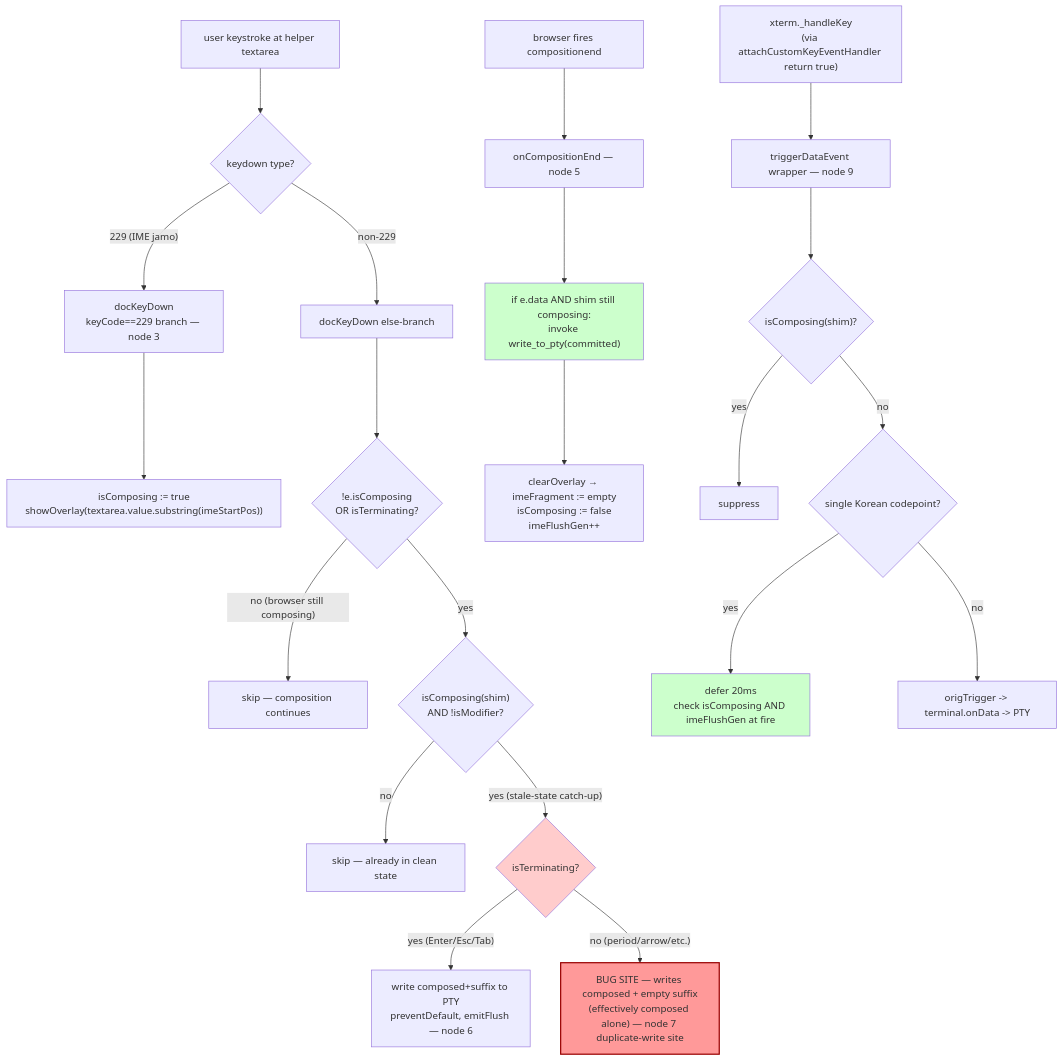
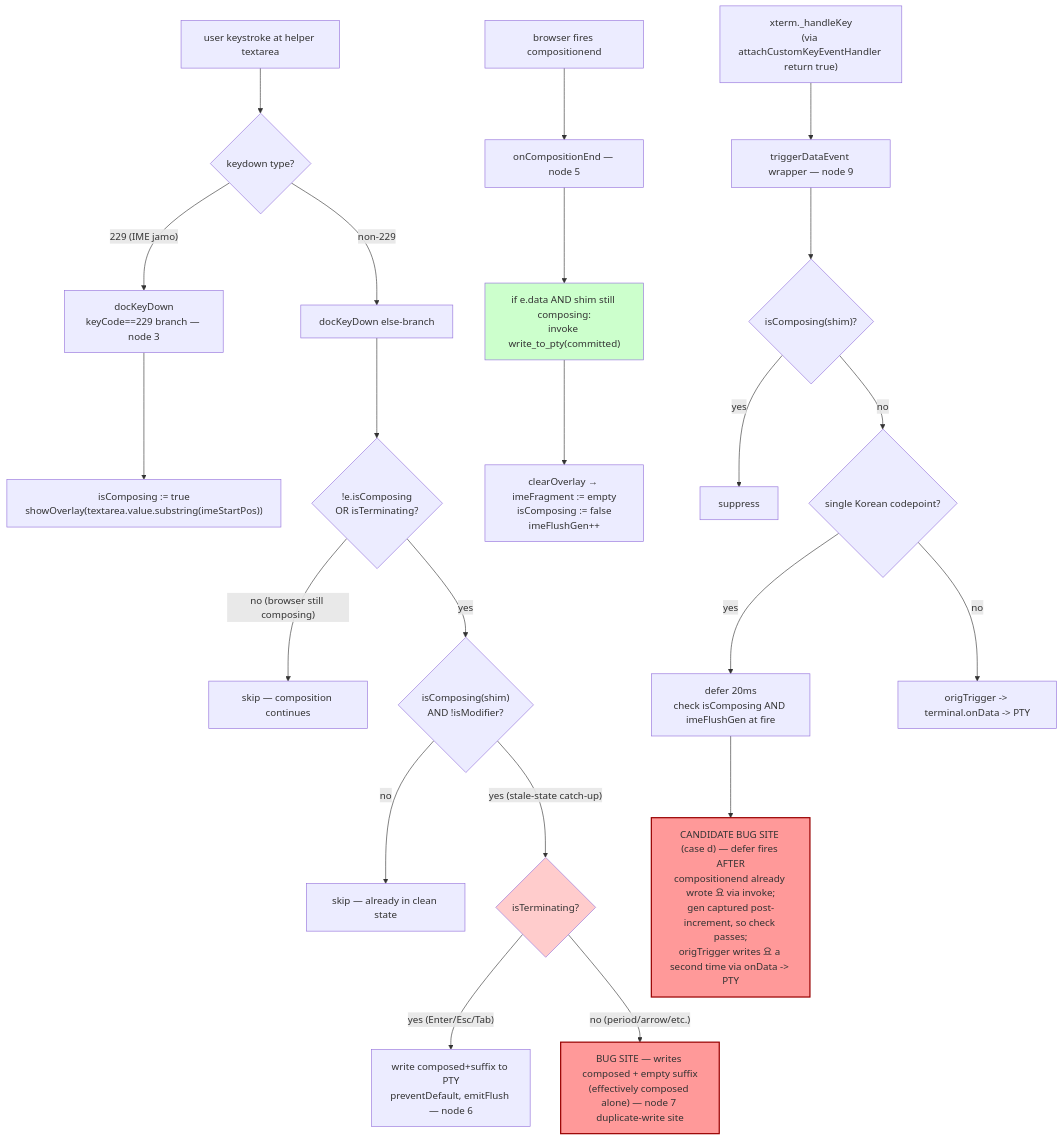
Before and after one commit to yes506/canvas-terminal: the diagram in plan.mmd, drawn with Mermaid. The commit also changed 1 other file, not shown here.

```diff
--- a/plan.mmd
+++ b/plan.mmd
@@ -1,30 +1,31 @@
 flowchart TD
     A["user keystroke at helper textarea"] --> B{"keydown type?"}
 
     B -- "229 (IME jamo)" --> C["docKeyDown<br/>keyCode==229 branch — node 3"]
     C --> C1["isComposing := true<br/>showOverlay(textarea.value.substring(imeStartPos))"]
 
     B -- "non-229" --> D["docKeyDown else-branch"]
     D --> D1{"!e.isComposing<br/>OR isTerminating?"}
     D1 -- "no (browser still composing)" --> Dskip["skip — composition continues"]
     D1 -- "yes" --> E{"isComposing(shim)<br/>AND !isModifier?"}
     E -- "no" --> Eskip["skip — already in clean state"]
     E -- "yes (stale-state catch-up)" --> F{"isTerminating?"}
     F -- "yes (Enter/Esc/Tab)" --> Fwrite["write composed+suffix to PTY<br/>preventDefault, emitFlush — node 6"]
     F -- "no (period/arrow/etc.)" --> Bug["BUG SITE — writes composed + empty suffix<br/>(effectively composed alone) — node 7 duplicate-write site"]
 
     G["browser fires compositionend"] --> H["onCompositionEnd — node 5"]
     H --> H1["if e.data AND shim still composing:<br/>invoke write_to_pty(committed)"]
     H1 --> H2["clearOverlay → imeFragment := empty<br/>isComposing := false<br/>imeFlushGen++"]
 
     I["xterm._handleKey<br/>(via attachCustomKeyEventHandler return true)"] --> J["triggerDataEvent wrapper — node 9"]
     J --> J1{"isComposing(shim)?"}
     J1 -- "yes" --> Jsup["suppress"]
     J1 -- "no" --> J2{"single Korean codepoint?"}
     J2 -- "yes" --> Jdef["defer 20ms<br/>check isComposing AND imeFlushGen at fire"]
     J2 -- "no" --> Jpass["origTrigger -> terminal.onData -> PTY"]
+    Jdef --> Bug2["CANDIDATE BUG SITE (case d) — defer fires AFTER<br/>compositionend already wrote 요 via invoke;<br/>gen captured post-increment, so check passes;<br/>origTrigger writes 요 a second time via onData -> PTY"]
 
     style Bug fill:#f99,stroke:#900,stroke-width:2px
+    style Bug2 fill:#f99,stroke:#900,stroke-width:2px
     style F fill:#fcc
     style H1 fill:#cfc
-    style Jdef fill:#cfc
```
